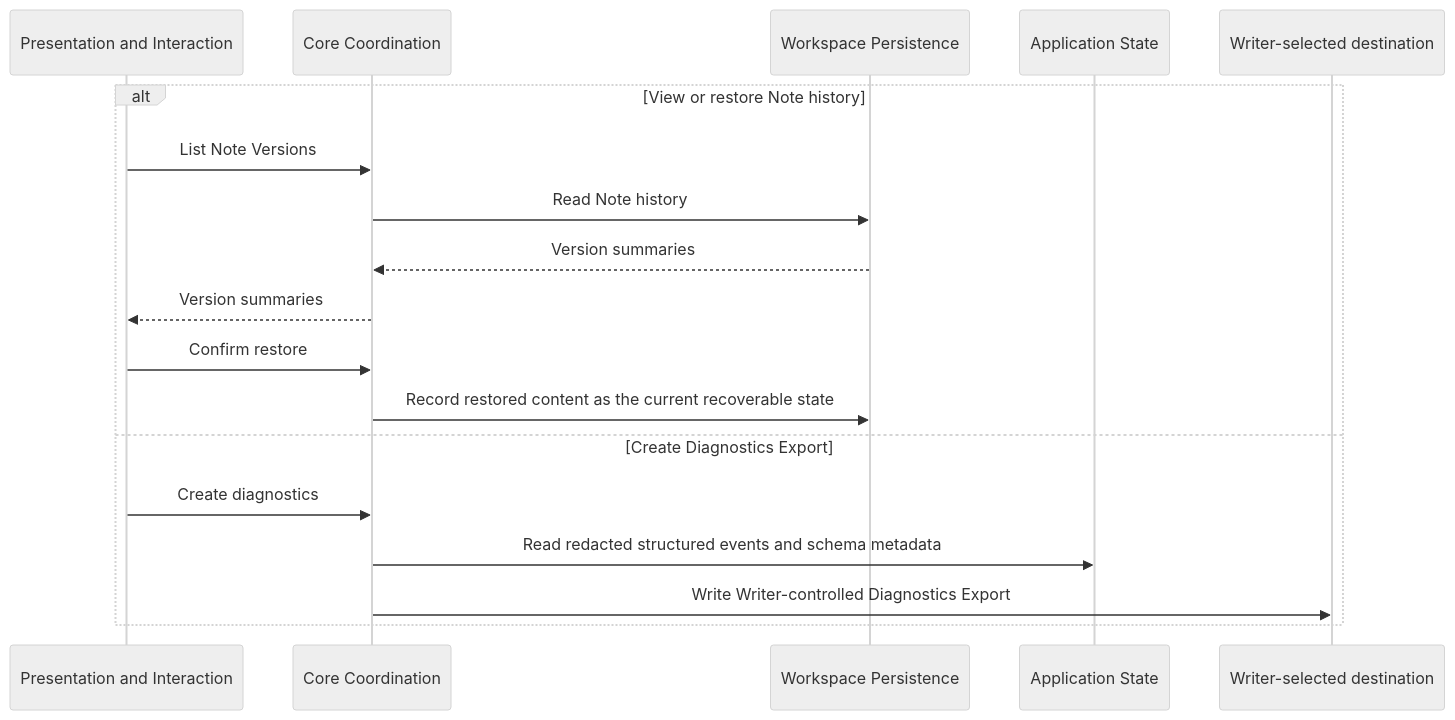
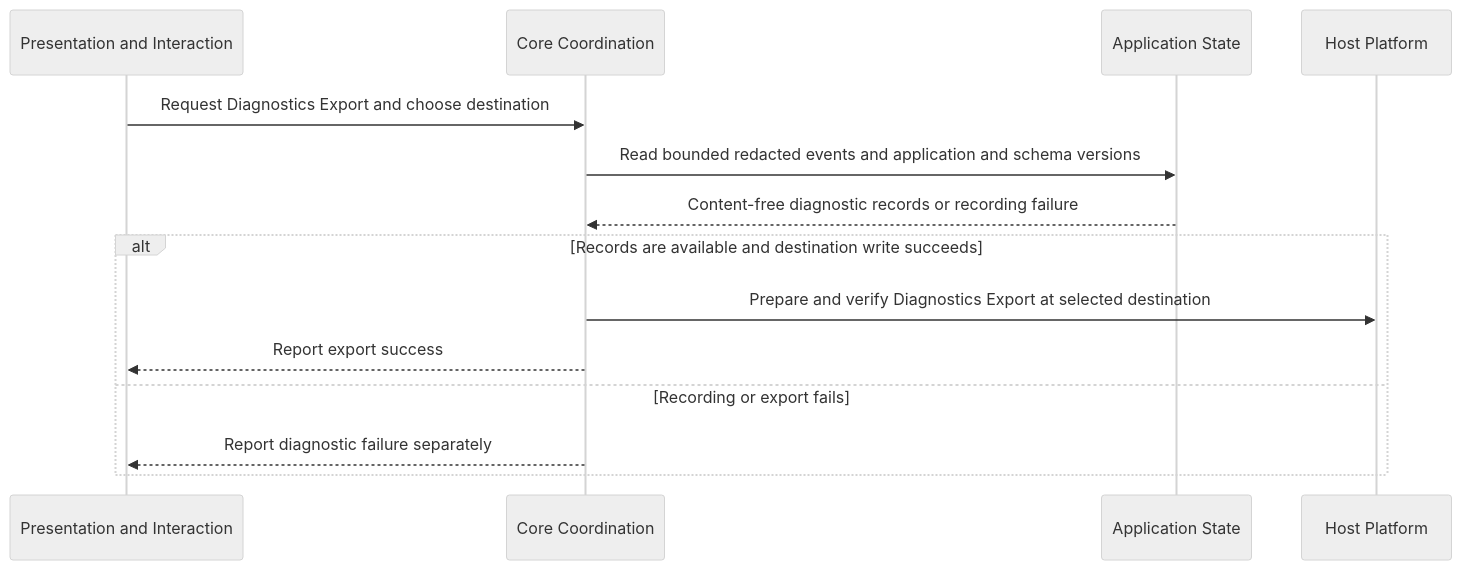
The diagram in .constitution/architecture/flows/flow-history-diagnostics.md (SkrOYC/burlmd), drawn with Mermaid (neutral theme) before and after one commit. The commit also changed other lines of this file and 85 other files, not shown here.

First line of the commit message:
docs: align constitution layers with private Linux-first roadmap

````diff
--- a/.constitution/architecture/flows/flow-history-diagnostics.md
+++ b/.constitution/architecture/flows/flow-history-diagnostics.md
@@ -13,21 +13,17 @@
 ```mermaid
 sequenceDiagram
     participant UI as Presentation and Interaction
     participant Core as Core Coordination
-    participant Persist as Workspace Persistence
     participant State as Application State
-    participant Destination as Writer-selected destination
+    participant Host as Host Platform
 
-    alt View or restore Note history
-        UI->>Core: List Note Versions
-        Core->>Persist: Read Note history
-        Persist-->>Core: Version summaries
-        Core-->>UI: Version summaries
-        UI->>Core: Confirm restore
-        Core->>Persist: Record restored content as the current recoverable state
-    else Create Diagnostics Export
-        UI->>Core: Create diagnostics
-        Core->>State: Read redacted structured events and schema metadata
-        Core->>Destination: Write Writer-controlled Diagnostics Export
+    UI->>Core: Request Diagnostics Export and choose destination
+    Core->>State: Read bounded redacted events and application and schema versions
+    State-->>Core: Content-free diagnostic records or recording failure
+    alt Records are available and destination write succeeds
+        Core->>Host: Prepare and verify Diagnostics Export at selected destination
+        Core-->>UI: Report export success
+    else Recording or export fails
+        Core-->>UI: Report diagnostic failure separately
     end
 ```
````
